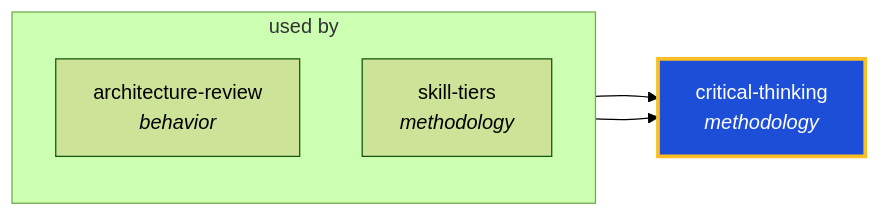
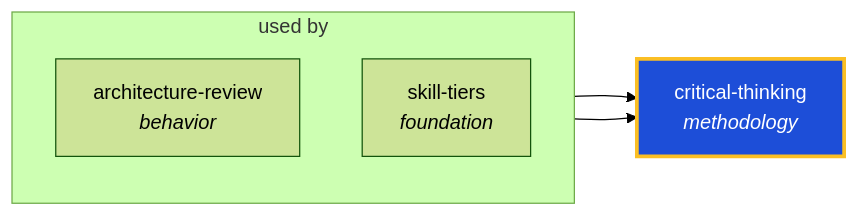
One commit to ThePlenkov/skills changed the diagram in docs/graphs/generated/critical-thinking.md. Above: the diagram before and after it, drawn with Mermaid (forest theme). The commit also changed 76 other files, not shown here.

````diff
--- a/docs/graphs/generated/critical-thinking.md
+++ b/docs/graphs/generated/critical-thinking.md
@@ -22,15 +22,15 @@
 ```mermaid
 graph LR
   critical_thinking["critical-thinking<br/><i>methodology</i>"]
   classDef center fill:#1d4ed8,stroke:#fbbf24,stroke-width:3px,color:#fff
   class critical_thinking center
 
   subgraph sg_used_by["used by"]
     direction TB
     architecture_review["architecture-review<br/><i>behavior</i>"]
-    skill_tiers["skill-tiers<br/><i>methodology</i>"]
+    skill_tiers["skill-tiers<br/><i>foundation</i>"]
   end
   architecture_review --> critical_thinking
   skill_tiers --> critical_thinking
 
 ```
````
